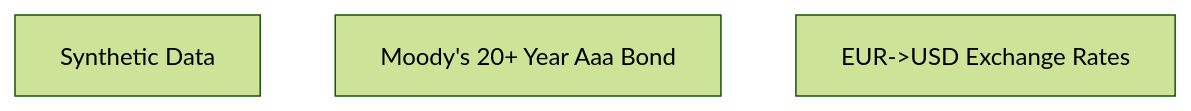
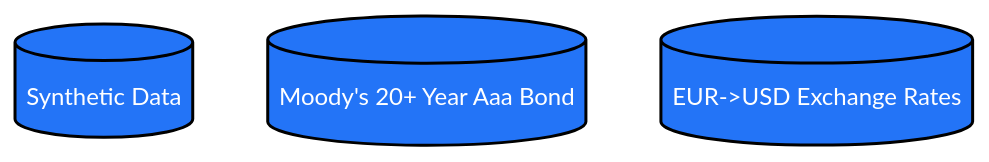
Before and after one commit to acatlin/mermaid: the diagram in labels.md, drawn with Mermaid.

````diff
--- a/labels.md
+++ b/labels.md
@@ -1,7 +1,15 @@
 ```mermaid
 %%{init: {'theme':'forest'}}%%
 graph TD
-  A[Synthetic Data]
-  B[Moody's 20+ Year Aaa Bond]
-  C[EUR->USD Exchange Rates]
+
+  %% Colors %%
+  classDef blue fill:#2374f7,stroke:#000,stroke-width:2px,color:#fff
+  classDef orange fill:#fc822b,stroke:#000,stroke-width:2px,color:#fff
+  classDef green fill:#16b552,stroke:#000,stroke-width:2px,color:#fff
+  classDef red fill:#ed2633,stroke:#000,stroke-width:2px,color:#fff
+  classDef magenta fill:magenta,stroke:#000,stroke-width:2px,color:#fff
+
+  A[(Synthetic Data)]:::blue
+  B[(Moody's 20+ Year Aaa Bond)]:::blue
+  C[(EUR->USD Exchange Rates)]:::blue
 ```
````
